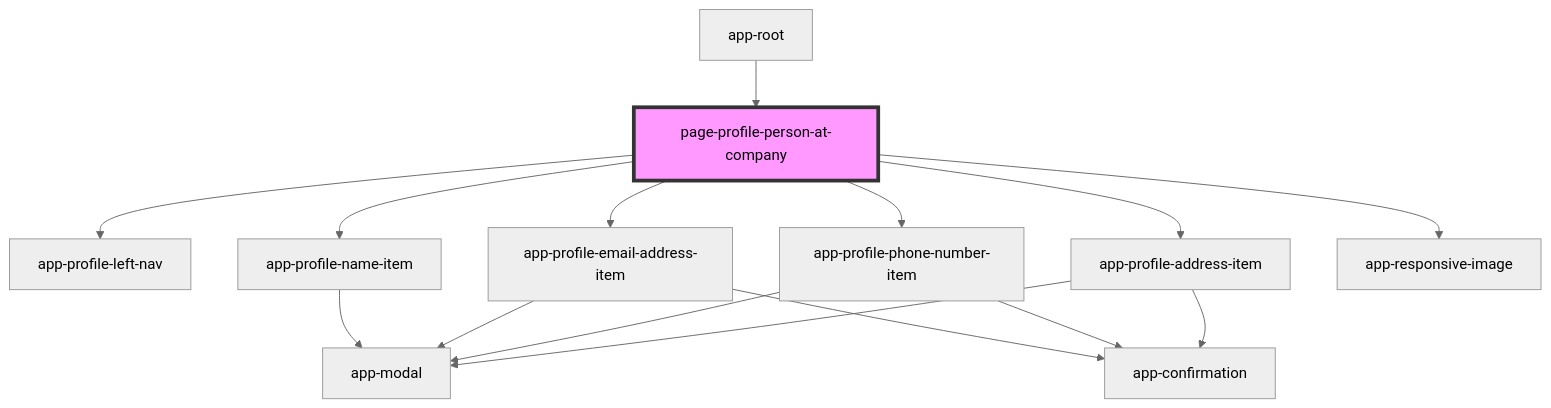
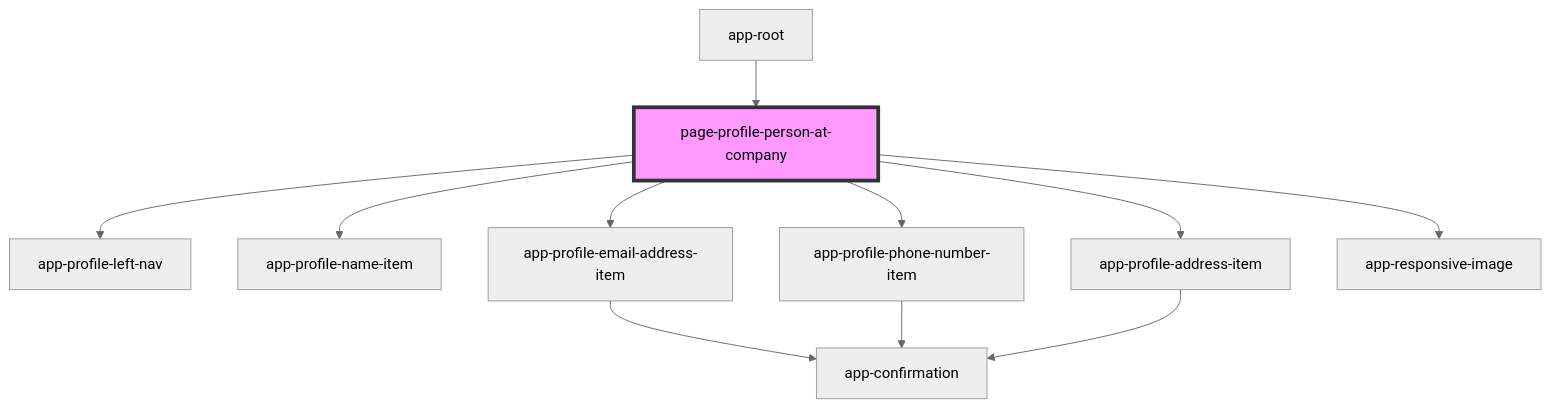
One commit to lokheed/IconEventNetwork.Web changed the diagram in iconeventnetwork-web/src/components/pages/page-profile-person-at-company/readme.md. Above: the diagram before and after it, drawn with Mermaid (neutral theme). The commit also changed 23 other files, not shown here.

````diff
--- a/iconeventnetwork-web/src/components/pages/page-profile-person-at-company/readme.md
+++ b/iconeventnetwork-web/src/components/pages/page-profile-person-at-company/readme.md
@@ -31,18 +31,14 @@
 ```mermaid
 graph TD;
   page-profile-person-at-company --> app-profile-left-nav
   page-profile-person-at-company --> app-profile-name-item
   page-profile-person-at-company --> app-profile-email-address-item
   page-profile-person-at-company --> app-profile-phone-number-item
   page-profile-person-at-company --> app-profile-address-item
   page-profile-person-at-company --> app-responsive-image
-  app-profile-name-item --> app-modal
-  app-profile-email-address-item --> app-modal
   app-profile-email-address-item --> app-confirmation
-  app-profile-phone-number-item --> app-modal
   app-profile-phone-number-item --> app-confirmation
-  app-profile-address-item --> app-modal
   app-profile-address-item --> app-confirmation
   app-root --> page-profile-person-at-company
   style page-profile-person-at-company fill:#f9f,stroke:#333,stroke-width:4px
 ```
````
